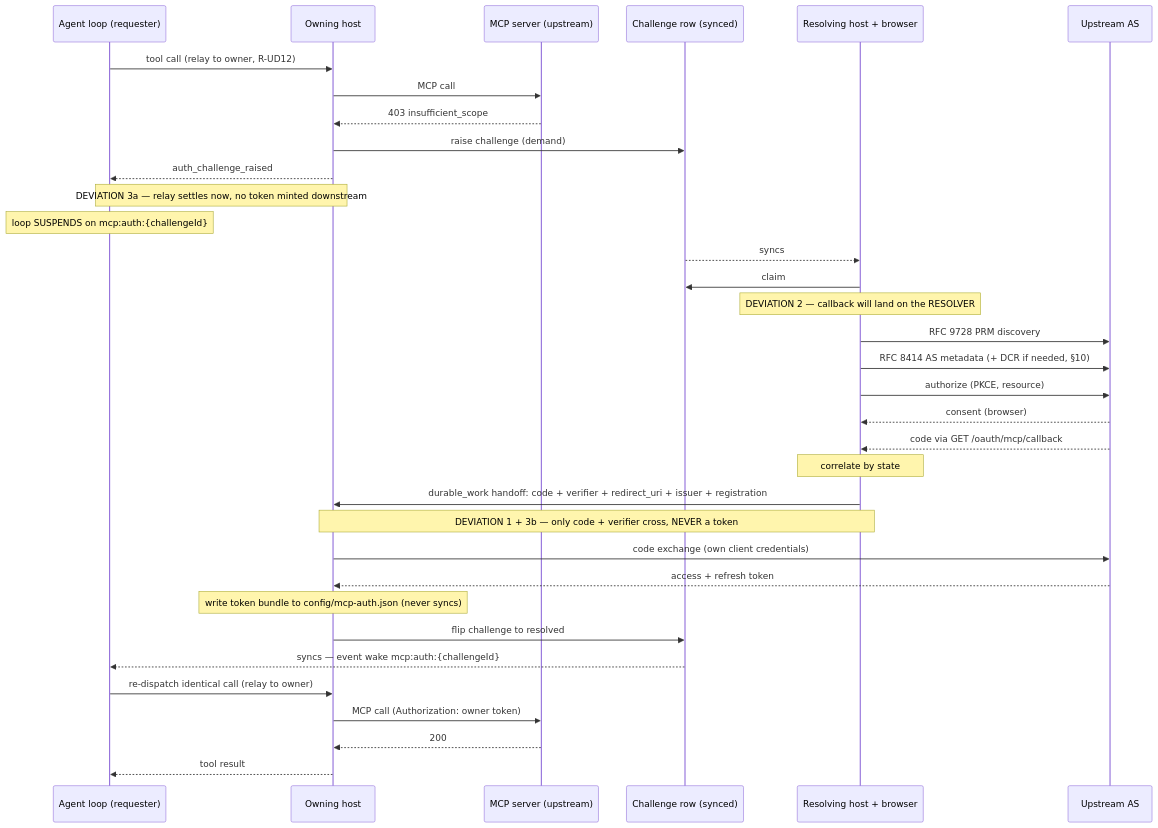
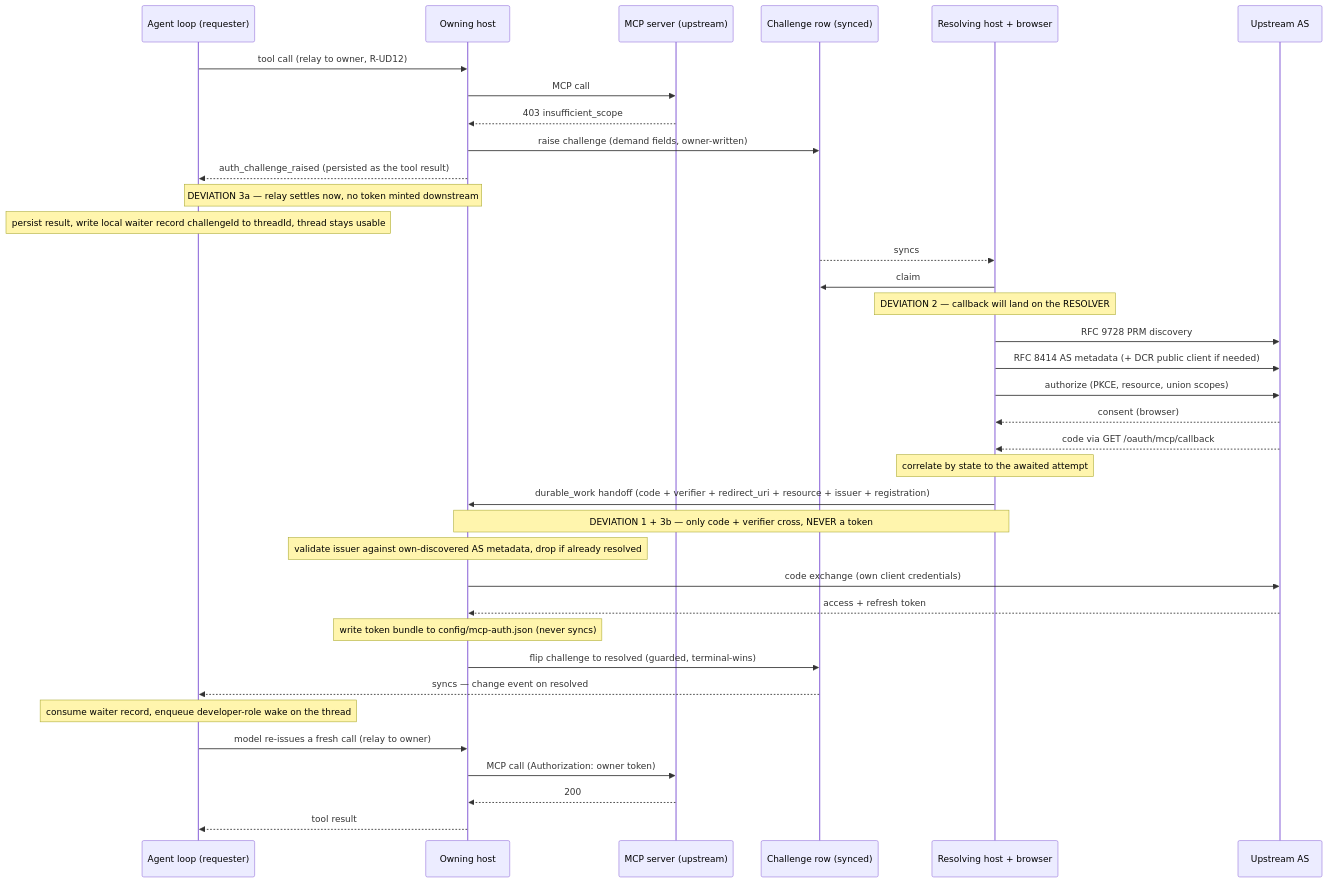
The diagram in docs/design/specs/2026-09-21-mcp-oauth.md (bound-agents/bound), drawn with Mermaid before and after one commit. The commit also changed other lines of this file, not shown here.

````diff
--- a/docs/design/specs/2026-09-21-mcp-oauth.md
+++ b/docs/design/specs/2026-09-21-mcp-oauth.md
@@ -201,37 +215,39 @@
 ```mermaid
 sequenceDiagram
     participant Requester as Agent loop (requester)
     participant Owner as Owning host
     participant MCP as MCP server (upstream)
     participant Row as Challenge row (synced)
     participant Resolver as Resolving host + browser
     participant AS as Upstream AS
 
     Requester->>Owner: tool call (relay to owner, R-UD12)
     Owner->>MCP: MCP call
     MCP-->>Owner: 403 insufficient_scope
-    Owner->>Row: raise challenge (demand)
-    Owner-->>Requester: auth_challenge_raised
+    Owner->>Row: raise challenge (demand fields, owner-written)
+    Owner-->>Requester: auth_challenge_raised (persisted as the tool result)
     Note over Requester,Owner: DEVIATION 3a — relay settles now, no token minted downstream
-    Note over Requester: loop SUSPENDS on mcp:auth:{challengeId}
+    Note over Requester: persist result, write local waiter record challengeId to threadId, thread stays usable
     Row-->>Resolver: syncs
     Resolver->>Row: claim
     Note over Resolver: DEVIATION 2 — callback will land on the RESOLVER
     Resolver->>AS: RFC 9728 PRM discovery
-    Resolver->>AS: RFC 8414 AS metadata (+ DCR if needed, §10)
-    Resolver->>AS: authorize (PKCE, resource)
+    Resolver->>AS: RFC 8414 AS metadata (+ DCR public client if needed)
+    Resolver->>AS: authorize (PKCE, resource, union scopes)
     AS-->>Resolver: consent (browser)
     AS-->>Resolver: code via GET /oauth/mcp/callback
-    Note over Resolver: correlate by state
-    Resolver->>Owner: durable_work handoff: code + verifier + redirect_uri + issuer + registration
+    Note over Resolver: correlate by state to the awaited attempt
+    Resolver->>Owner: durable_work handoff (code + verifier + redirect_uri + resource + issuer + registration)
     Note over Owner,Resolver: DEVIATION 1 + 3b — only code + verifier cross, NEVER a token
+    Note over Owner: validate issuer against own-discovered AS metadata, drop if already resolved
     Owner->>AS: code exchange (own client credentials)
     AS-->>Owner: access + refresh token
     Note over Owner: write token bundle to config/mcp-auth.json (never syncs)
-    Owner->>Row: flip challenge to resolved
-    Row-->>Requester: syncs — event wake mcp:auth:{challengeId}
-    Requester->>Owner: re-dispatch identical call (relay to owner)
+    Owner->>Row: flip challenge to resolved (guarded, terminal-wins)
+    Row-->>Requester: syncs — change event on resolved
+    Note over Requester: consume waiter record, enqueue developer-role wake on the thread
+    Requester->>Owner: model re-issues a fresh call (relay to owner)
     Owner->>MCP: MCP call (Authorization: owner token)
     MCP-->>Owner: 200
     Owner-->>Requester: tool result
 ```
````
